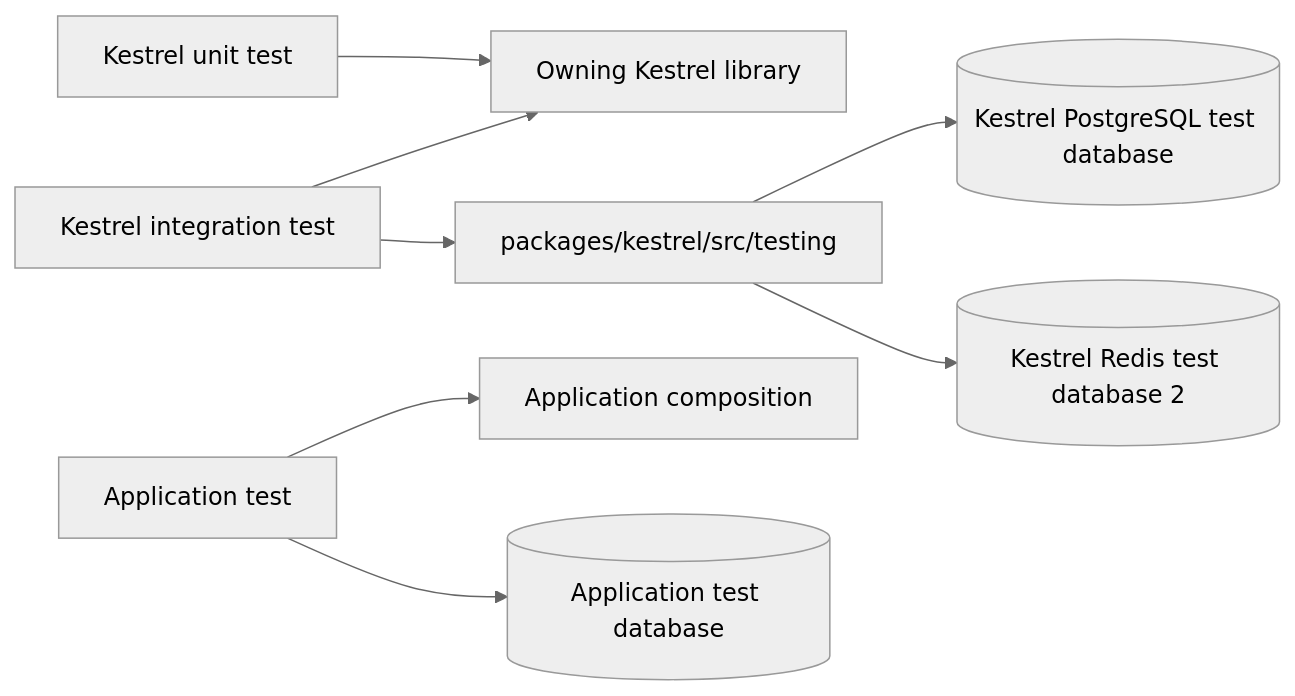
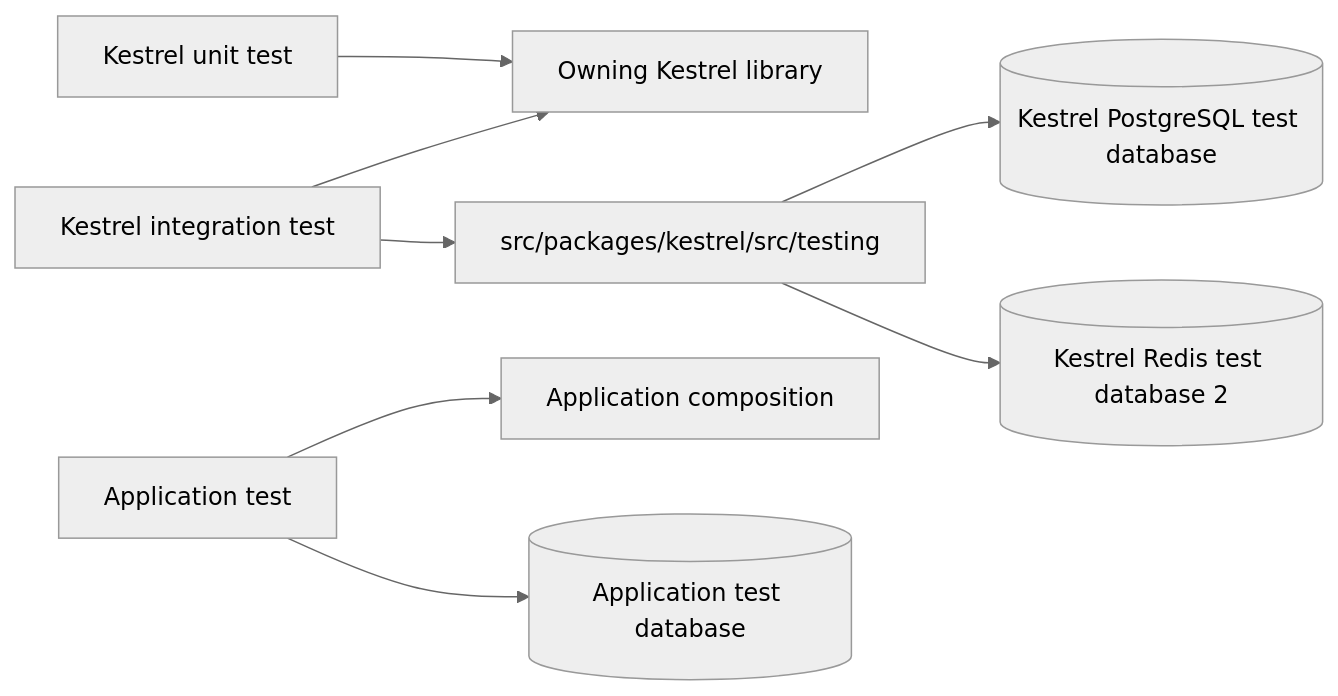
The first of 2 diagrams in docs/implementation/testing.md (antarestupin/kestrel-framework), drawn with Mermaid (neutral theme) before and after one commit. The commit also changed other lines of this file and 794 other files, not shown here.

Commit message:
refactor: move packages and apps under src

````diff
--- a/docs/implementation/testing.md
+++ b/docs/implementation/testing.md
@@ -14,10 +14,10 @@
 ```mermaid
 flowchart LR
     Unit[Kestrel unit test] --> Library[Owning Kestrel library]
     Integration[Kestrel integration test] --> Library
-    Integration --> Helpers[packages/kestrel/src/testing]
+    Integration --> Helpers[src/packages/kestrel/src/testing]
     Helpers --> KestrelDB[(Kestrel PostgreSQL test database)]
     Helpers --> RedisDB[(Kestrel Redis test database 2)]
     AppTest[Application test] --> App[Application composition]
     AppTest --> AppDB[(Application test database)]
 ```
````
